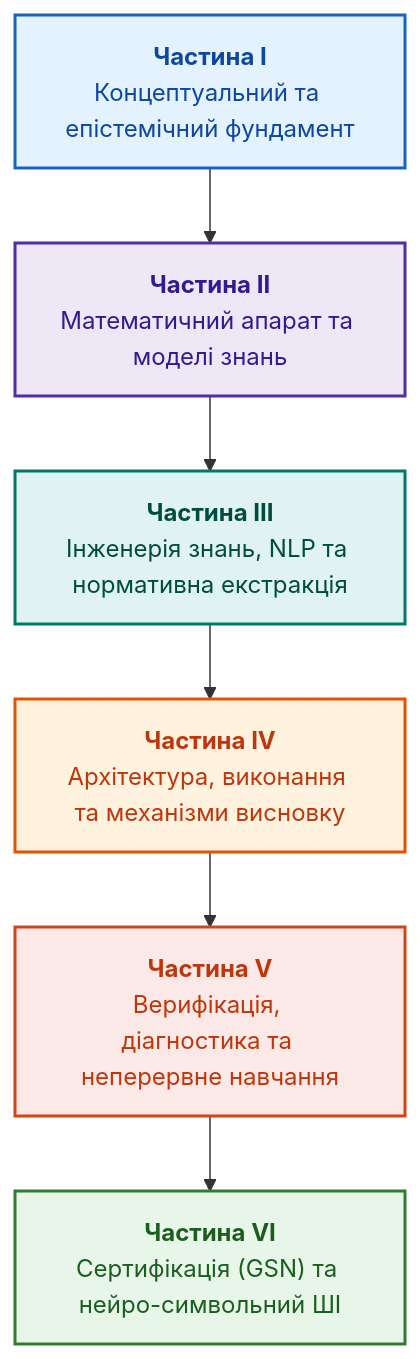
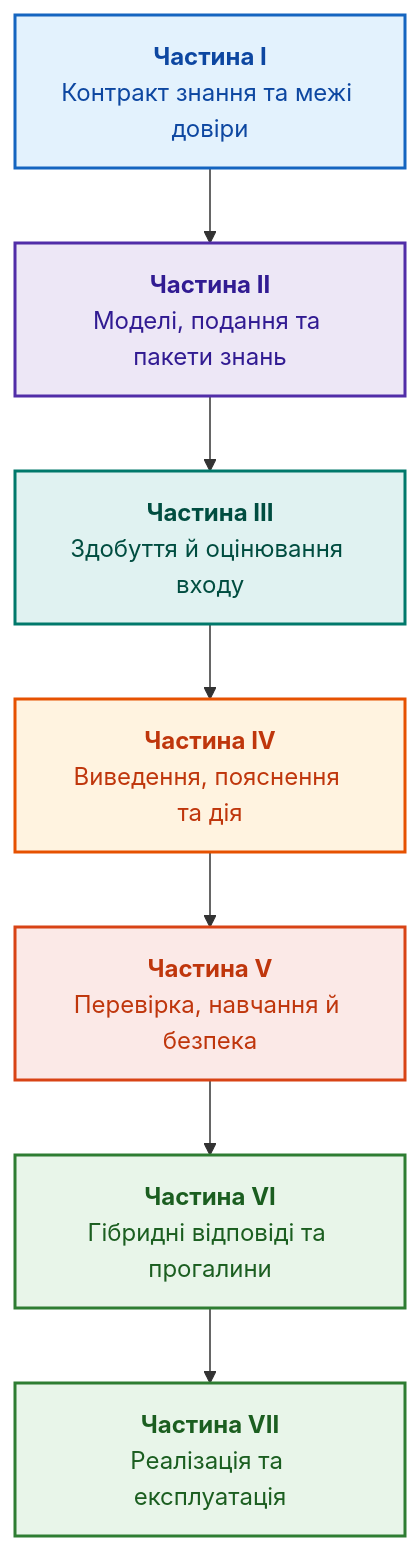
The diagram in ExpertSystem/README.md (nick-fedchik/articles), drawn with Mermaid before and after one commit. The commit also changed other lines of this file and 47 other files, not shown here.

````diff
--- a/ExpertSystem/README.md
+++ b/ExpertSystem/README.md
@@ -102,25 +125,26 @@
 ```mermaid
 flowchart TD
     accTitle: Структура книги та взаємозв'язок частин
-    accDescr: Схема взаємодії шести частин книги від філософського та математичного базису до нейро-символьних архітектур.
+   accDescr: Сім тематичних частин: контракт знання, подання, здобуття, рішення, перевірка, гібридні відповіді та експлуатація.
 
-    P1["<b>Частина I</b><br/>Концептуальний та епістемічний фундамент"] --> P2["<b>Частина II</b><br/>Математичний апарат та моделі знань"]
-    P2 --> P3["<b>Частина III</b><br/>Інженерія знань, NLP та нормативна екстракція"]
-    P3 --> P4["<b>Частина IV</b><br/>Архітектура, виконання та механізми висновку"]
-    P4 --> P5["<b>Частина V</b><br/>Верифікація, діагностика та неперервне навчання"]
-    P5 --> P6["<b>Частина VI</b><br/>Сертифікація (GSN) та нейро-символьний ШІ"]
+   P1["<b>Частина I</b><br/>Контракт знання та межі довіри"] --> P2["<b>Частина II</b><br/>Моделі, подання та пакети знань"]
+   P2 --> P3["<b>Частина III</b><br/>Здобуття й оцінювання входу"]
+   P3 --> P4["<b>Частина IV</b><br/>Виведення, пояснення та дія"]
+   P4 --> P5["<b>Частина V</b><br/>Перевірка, навчання й безпека"]
+   P5 --> P6["<b>Частина VI</b><br/>Гібридні відповіді та прогалини"]
+   P6 --> P7["<b>Частина VII</b><br/>Реалізація та експлуатація"]
 
     classDef p1 fill:#e3f2fd,stroke:#1565c0,stroke-width:2px,color:#0d47a1;
     classDef p2 fill:#ede7f6,stroke:#512da8,stroke-width:2px,color:#311b92;
     classDef p3 fill:#e0f2f1,stroke:#00796b,stroke-width:2px,color:#004d40;
     classDef p4 fill:#fff3e0,stroke:#e65100,stroke-width:2px,color:#bf360c;
     classDef p5 fill:#fbe9e7,stroke:#d84315,stroke-width:2px,color:#bf360c;
     classDef p6 fill:#e8f5e9,stroke:#2e7d32,stroke-width:2px,color:#1b5e20;
 
     class P1 p1;
     class P2 p2;
     class P3 p3;
     class P4 p4;
     class P5 p5;
-    class P6 p6;
+   class P6,P7 p6;
 ```
````
